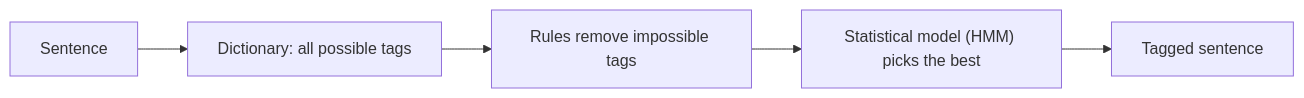
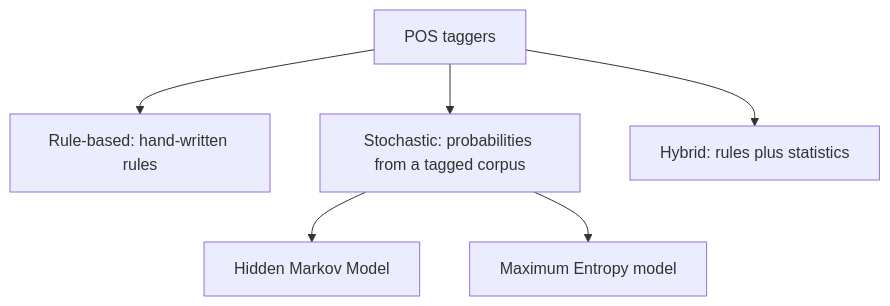
The fourth of 5 diagrams in content/natural-language-processing/notes/pos-tagging.mdx (TrendySloth1001/sem-seven-notes), drawn with Mermaid before and after one commit. The commit also changed other lines of this file and 406 other files, not shown here.

Commit message:
Rewrite all NLP notes and answers from the teachers' class files and add both class assignments with solutions. They cite only the class notes, solved PYQs, assignment solution and Module 6 slides, use 67 class figures, and drop the web references and Wikimedia images.

````diff
--- a/content/natural-language-processing/notes/pos-tagging.mdx
+++ b/content/natural-language-processing/notes/pos-tagging.mdx
@@ -749,8 +126,9 @@
 ```mermaid
-%% caption: One common hybrid design. Rules first throw out tags that cannot fit the context; a statistical model then chooses among what is left.
-flowchart LR
-  A["Sentence"] --> B["Dictionary: all possible tags"]
-  B --> C["Rules remove impossible tags"]
-  C --> D["Statistical model (HMM) picks the best"]
-  D --> E["Tagged sentence"]
+%% caption: The families of POS taggers. The first two are covered by the class answers; the third mixes them.
+flowchart TD
+  A["POS taggers"] --> B["Rule-based: hand-written rules"]
+  A --> C["Stochastic: probabilities from a tagged corpus"]
+  A --> D["Hybrid: rules plus statistics"]
+  C --> C1["Hidden Markov Model"]
+  C --> C2["Maximum Entropy model"]
 ```
````
